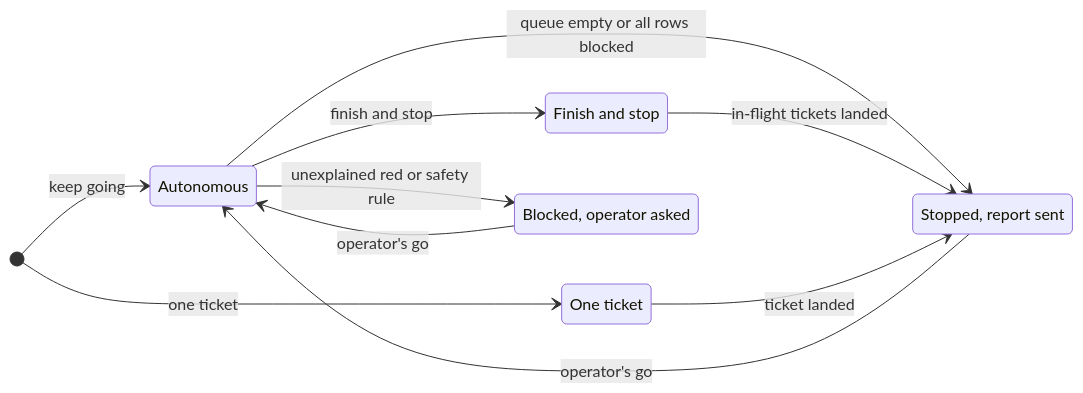
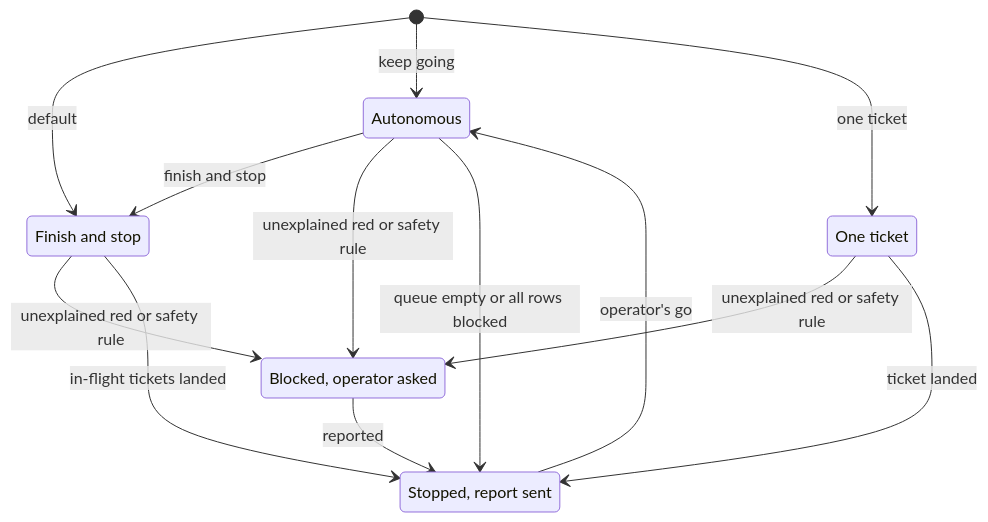
The diagram in skills/toryo-loop/showcase/modes.mmd (exdsgift/shuji-skills), drawn with Mermaid before and after one commit. The commit also changed 33 other files, not shown here.

```diff
--- a/skills/toryo-loop/showcase/modes.mmd
+++ b/skills/toryo-loop/showcase/modes.mmd
@@ -1,18 +1,20 @@
 stateDiagram-v2
   accTitle: The three autonomy modes
-  accDescr: The operator starts the master in one of three modes. Autonomous keeps taking queue rows until the queue is empty or every row waits on a decision. Finish and stop lands what is in flight and takes nothing new. One ticket lands one and reports. Any mode stops on an unexplained red check or a safety rule, and waits for the operator's go.
-  direction LR
+  accDescr: The operator starts the master in one of three modes, finish and stop when they name none. Autonomous keeps taking queue rows until the queue is empty or every row waits on a decision. Finish and stop lands what is in flight and takes nothing new. One ticket lands one and reports. Any mode stops on an unexplained red check or a safety rule and reports; the operator's go starts it again.
   state "Autonomous" as Auto
   state "Finish and stop" as Finish
   state "One ticket" as One
   state "Stopped, report sent" as Stopped
   state "Blocked, operator asked" as Blocked
+  [*] --> Finish : default
   [*] --> Auto : keep going
   [*] --> One : one ticket
   Auto --> Finish : finish and stop
+  Auto --> Blocked : unexplained red or safety rule
+  Finish --> Blocked : unexplained red or safety rule
+  One --> Blocked : unexplained red or safety rule
   Auto --> Stopped : queue empty or all rows blocked
   Finish --> Stopped : in-flight tickets landed
   One --> Stopped : ticket landed
-  Auto --> Blocked : unexplained red or safety rule
-  Blocked --> Auto : operator's go
+  Blocked --> Stopped : reported
   Stopped --> Auto : operator's go
```
